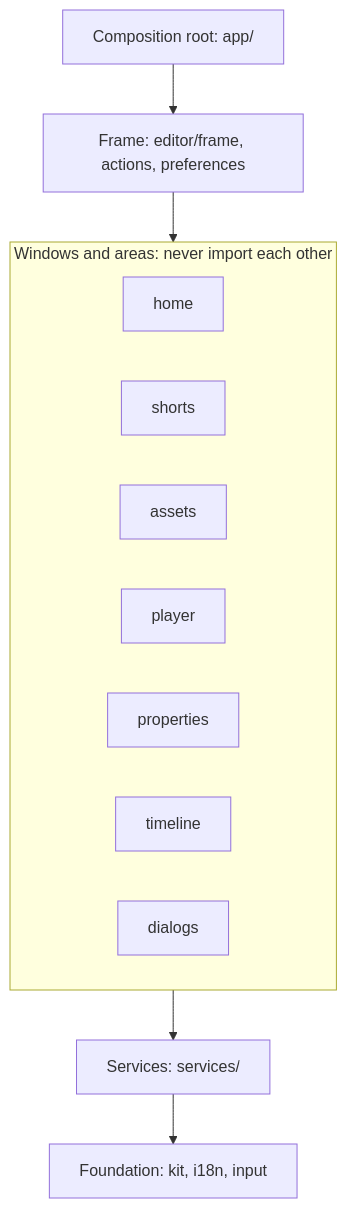
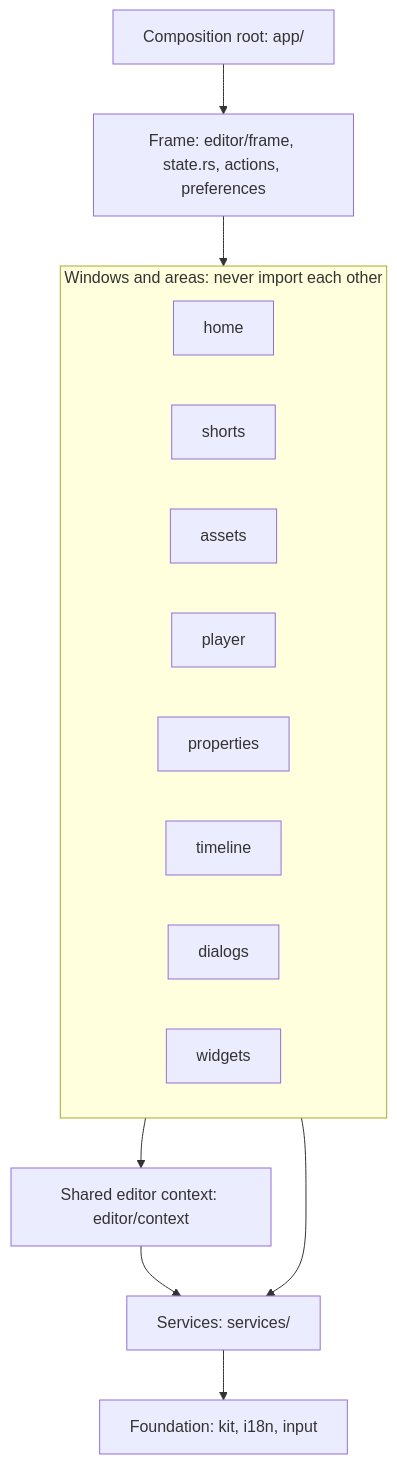
The second of 3 diagrams in docs/engineering/structure.md (canhta/vibecut), drawn with Mermaid before and after one commit. The commit also changed other lines of this file and 35 other files, not shown here.

First line of the commit message:
refactor(desktop): one editor facade; the shared context sits below the areas

````diff
--- a/docs/engineering/structure.md
+++ b/docs/engineering/structure.md
@@ -64,10 +65,12 @@
 ```mermaid
 flowchart TB
   root[Composition root: app/] --> frame
-  frame[Frame: editor/frame, actions, preferences] --> areas
+  frame[Frame: editor/frame, state.rs, actions, preferences] --> areas
   subgraph areas[Windows and areas: never import each other]
-    home; shorts; assets; player; properties; timeline; dialogs
+    home; shorts; assets; player; properties; timeline; dialogs; widgets
   end
-  areas --> services[Services: services/]
+  areas --> context
+  context[Shared editor context: editor/context] --> services[Services: services/]
+  areas --> services
   services --> foundation[Foundation: kit, i18n, input]
 ```
````
